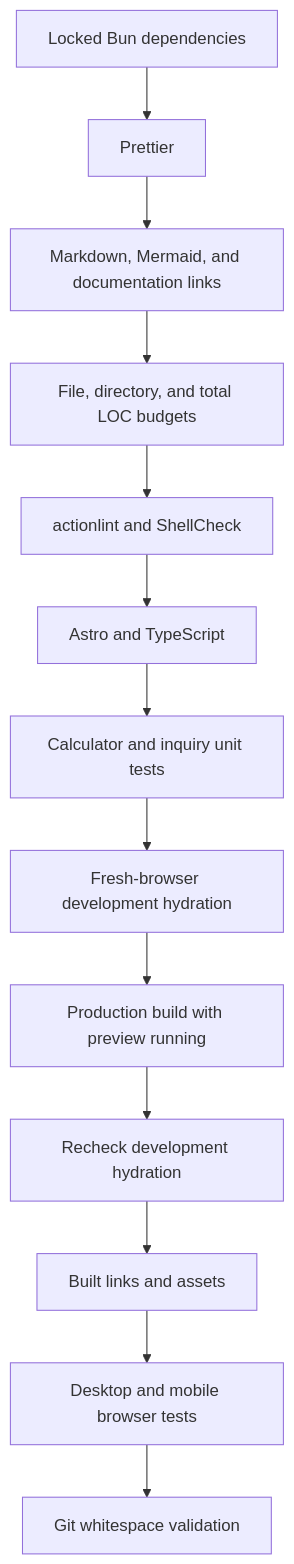
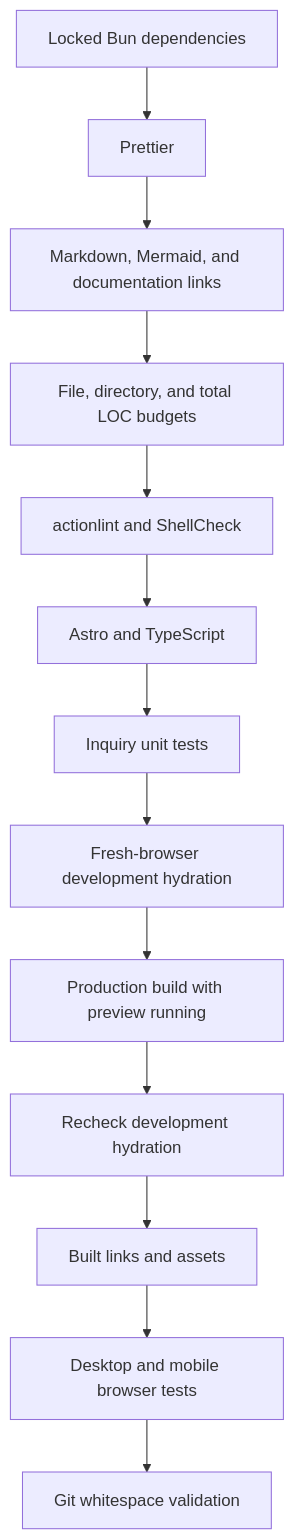
Before and after one commit to smeltery/jeabizdev.com: the diagram in docs/development/quality.md, drawn with Mermaid. The commit also changed other lines of this file and 37 other files, not shown here.

````diff
--- a/docs/development/quality.md
+++ b/docs/development/quality.md
@@ -6,15 +6,15 @@
 ```mermaid
 flowchart TD
   Start[Locked Bun dependencies] --> Format[Prettier]
   Format --> Docs[Markdown, Mermaid, and documentation links]
   Docs --> Budget[File, directory, and total LOC budgets]
   Budget --> Workflow[actionlint and ShellCheck]
   Workflow --> Types[Astro and TypeScript]
-  Types --> Unit[Calculator and inquiry unit tests]
+  Types --> Unit[Inquiry unit tests]
   Unit --> Dev[Fresh-browser development hydration]
   Dev --> Build[Production build with preview running]
   Build --> Reload[Recheck development hydration]
   Reload --> Links[Built links and assets]
   Links --> Browser[Desktop and mobile browser tests]
   Browser --> Whitespace[Git whitespace validation]
 ```
````
